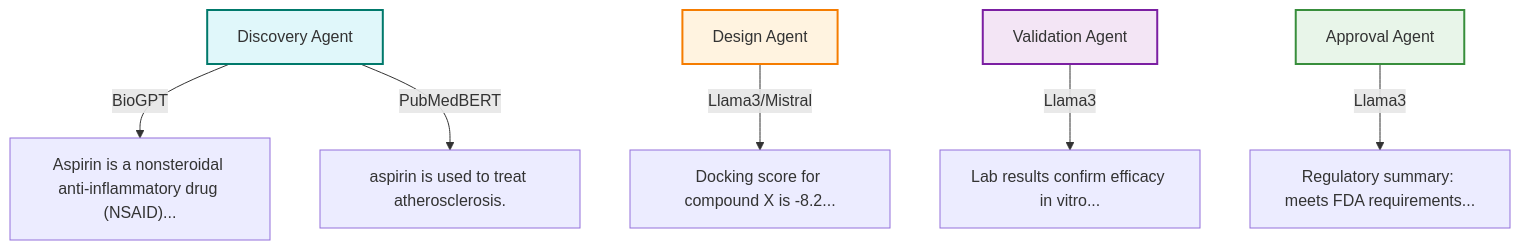
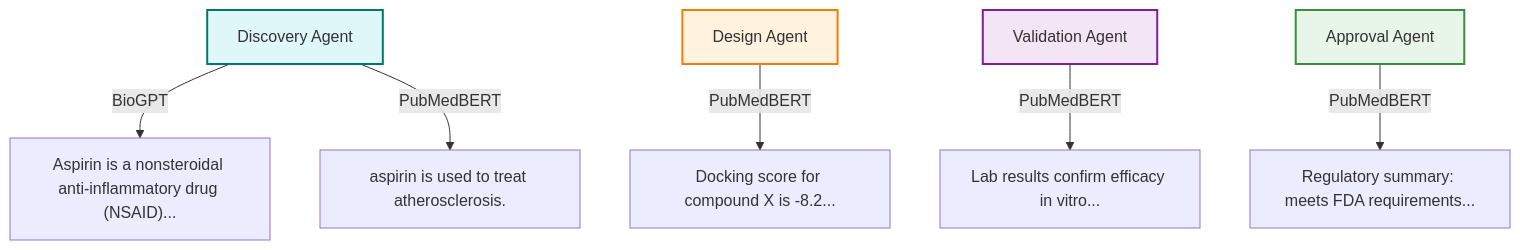
The diagram in README.md (justin-mbca/drug-discovery-ai), drawn with Mermaid before and after one commit. The commit also changed other lines of this file and 9 other files, not shown here.

Commit message:
Refactor: remove general LLMs, use only BioGPT, PubMedBERT, BioBERT

````diff
--- a/README.md
+++ b/README.md
@@ -104,13 +79,13 @@
 ```mermaid
 flowchart TD
 	A[Discovery Agent] -->|BioGPT| B1["Aspirin is a nonsteroidal anti-inflammatory drug (NSAID)..."]
 	A -->|PubMedBERT| B2["aspirin is used to treat atherosclerosis."]
-	C[Design Agent] -->|Llama3/Mistral| D["Docking score for compound X is -8.2..."]
-	E[Validation Agent] -->|Llama3| F["Lab results confirm efficacy in vitro..."]
-	G[Approval Agent] -->|Llama3| H["Regulatory summary: meets FDA requirements..."]
+	C[Design Agent] -->|PubMedBERT| D["Docking score for compound X is -8.2..."]
+	E[Validation Agent] -->|PubMedBERT| F["Lab results confirm efficacy in vitro..."]
+	G[Approval Agent] -->|PubMedBERT| H["Regulatory summary: meets FDA requirements..."]
 
 	style A fill:#e0f7fa,stroke:#00796b,stroke-width:2px
 	style C fill:#fff3e0,stroke:#f57c00,stroke-width:2px
 	style E fill:#f3e5f5,stroke:#7b1fa2,stroke-width:2px
 	style G fill:#e8f5e9,stroke:#388e3c,stroke-width:2px
 ```
````
